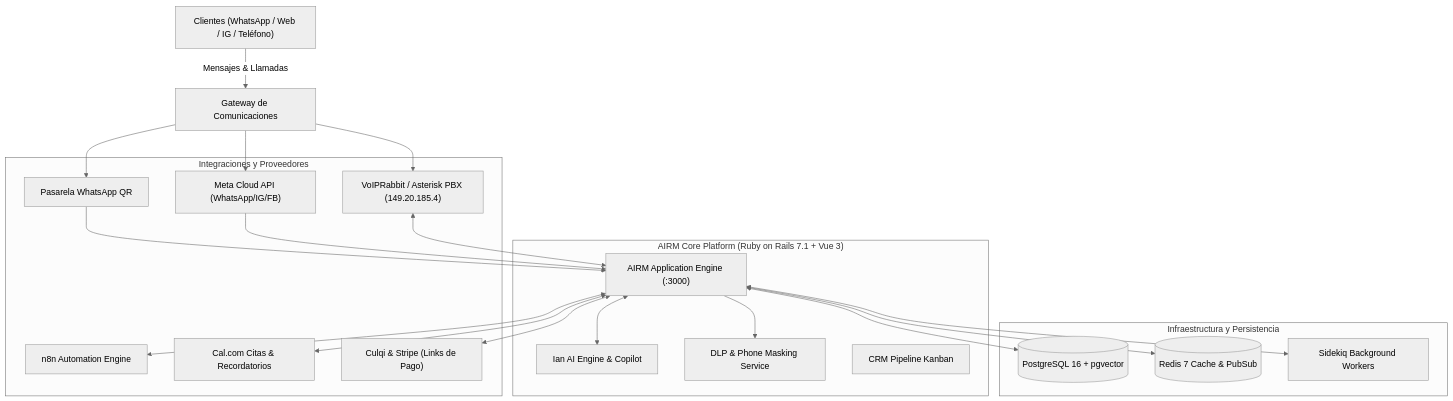
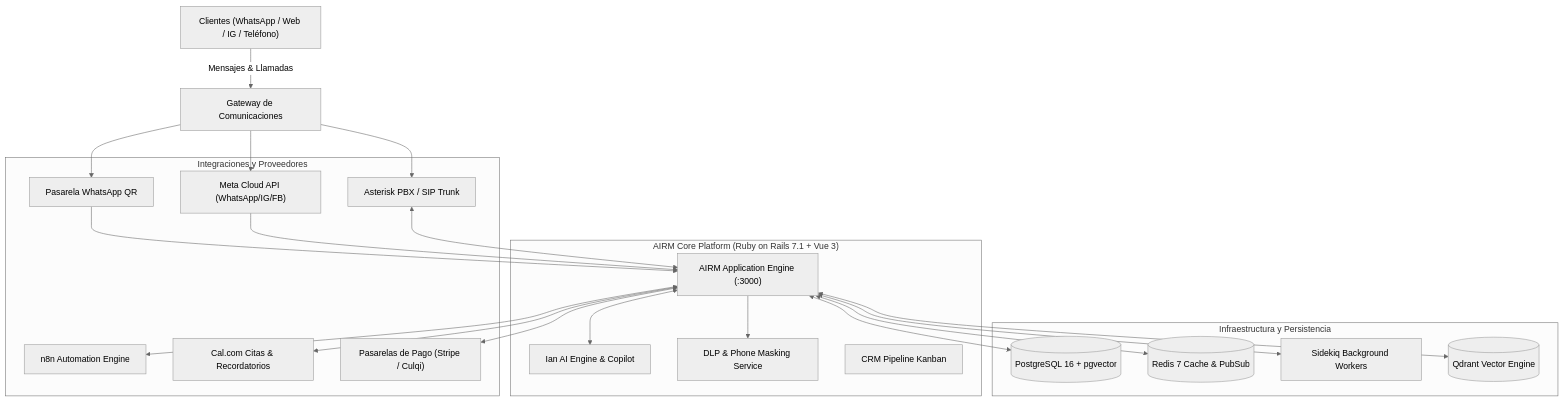
The diagram in README.md (datasch/AIRMv2), drawn with Mermaid (neutral theme) before and after one commit. The commit also changed other lines of this file, not shown here.

Commit message:
docs: rebrand AIRM documentation and update technical architecture details

````diff
--- a/README.md
+++ b/README.md
@@ -76,34 +76,35 @@
 ```mermaid
 flowchart TD
     Client["Clientes (WhatsApp / Web / IG / Teléfono)"] -->|"Mensajes & Llamadas"| Entry["Gateway de Comunicaciones"]
     
     subgraph Core["AIRM Core Platform (Ruby on Rails 7.1 + Vue 3)"]
         Web["AIRM Application Engine (:3000)"]
         Ian["Ian AI Engine & Copilot"]
         DLP["DLP & Phone Masking Service"]
         Pipeline["CRM Pipeline Kanban"]
     end
 
     subgraph Infrastructure["Infraestructura y Persistencia"]
         DB[("PostgreSQL 16 + pgvector")]
         Redis[("Redis 7 Cache & PubSub")]
         Sidekiq["Sidekiq Background Workers"]
+        VectorDB[("Qdrant Vector Engine")]
     end
 
     subgraph External["Integraciones y Proveedores"]
         WA_QR["Pasarela WhatsApp QR"]
         Meta_API["Meta Cloud API (WhatsApp/IG/FB)"]
-        VoIP_Trunk["VoIPRabbit / Asterisk PBX (149.20.185.4)"]
+        VoIP_Trunk["Asterisk PBX / SIP Trunk"]
         n8n["n8n Automation Engine"]
         Cal["Cal.com Citas & Recordatorios"]
-        Payments["Culqi & Stripe (Links de Pago)"]
+        Payments["Pasarelas de Pago (Stripe / Culqi)"]
     end
 
     Entry --> WA_QR & Meta_API & VoIP_Trunk
     WA_QR & Meta_API --> Web
     VoIP_Trunk <--> Web
-    Web <--> DB & Redis & Sidekiq
+    Web <--> DB & Redis & Sidekiq & VectorDB
     Web <--> Ian
     Web --> DLP
     Web <--> n8n & Cal & Payments
 ```
````
